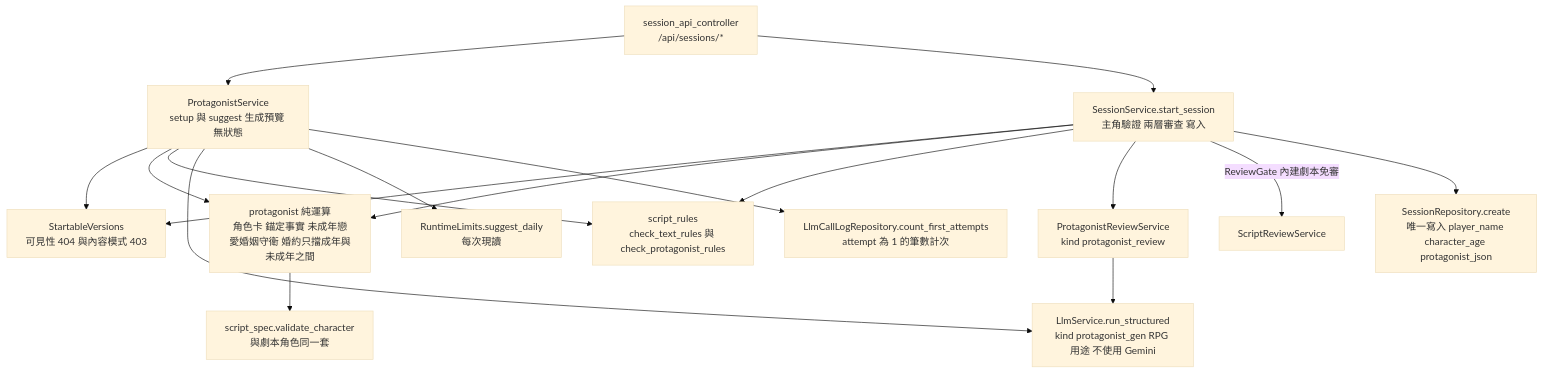
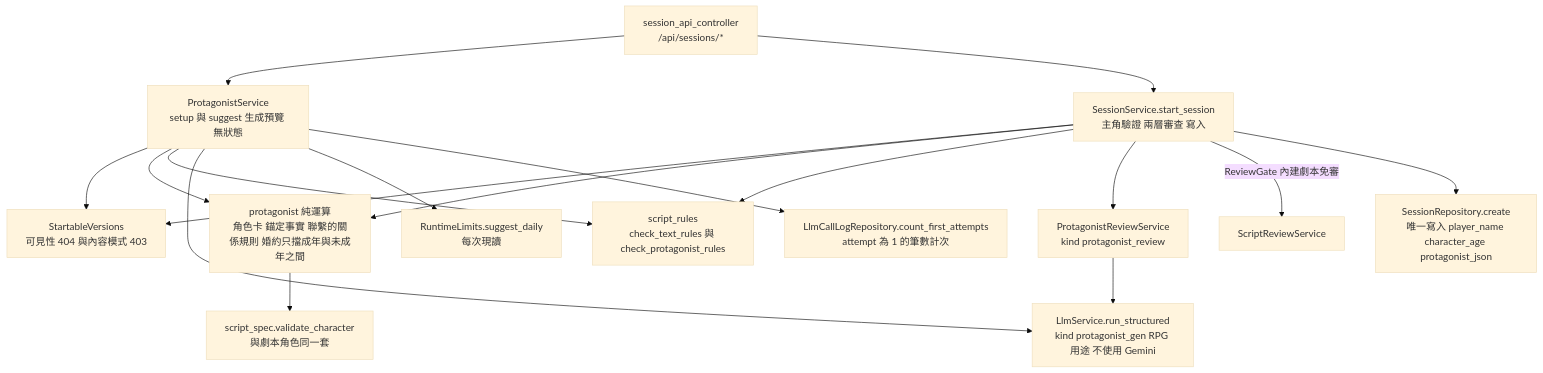
Before and after one commit to pp466pp466/R.A.C: the fourth of 7 diagrams in docs/系統架構-architecture.md, drawn with Mermaid (base theme). The commit also changed other lines of this file and 22 other files, not shown here.

````diff
--- a/docs/系統架構-architecture.md
+++ b/docs/系統架構-architecture.md
@@ -175,19 +175,19 @@
 ```mermaid
 flowchart TD
     Ctl["session_api_controller<br/>/api/sessions/*"] --> PSvc["ProtagonistService<br/>setup 與 suggest 生成預覽 無狀態"]
     Ctl --> SSvc["SessionService.start_session<br/>主角驗證 兩層審查 寫入"]
     PSvc --> Start["StartableVersions<br/>可見性 404 與內容模式 403"]
     SSvc --> Start
-    PSvc --> Pro["protagonist 純運算<br/>角色卡 錨定事實 未成年戀愛婚姻守衛 婚約只擋成年與未成年之間"]
+    PSvc --> Pro["protagonist 純運算<br/>角色卡 錨定事實 聯繫的關係規則 婚約只擋成年與未成年之間"]
     SSvc --> Pro
     Pro --> Spec["script_spec.validate_character<br/>與劇本角色同一套"]
     PSvc --> Rules["script_rules<br/>check_text_rules 與 check_protagonist_rules"]
     SSvc --> Rules
     PSvc --> Llm["LlmService.run_structured<br/>kind protagonist_gen RPG 用途 不使用 Gemini"]
     SSvc --> PRev["ProtagonistReviewService<br/>kind protagonist_review"]
     PRev --> Llm
     SSvc -->|"ReviewGate 內建劇本免審"| Rev["ScriptReviewService"]
     PSvc --> Lim["RuntimeLimits.suggest_daily<br/>每次現讀"]
     PSvc --> Ledger["LlmCallLogRepository.count_first_attempts<br/>attempt 為 1 的筆數計次"]
     SSvc --> SRepo["SessionRepository.create<br/>唯一寫入 player_name character_age protagonist_json"]
 ```
````
